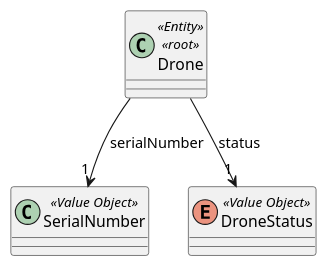
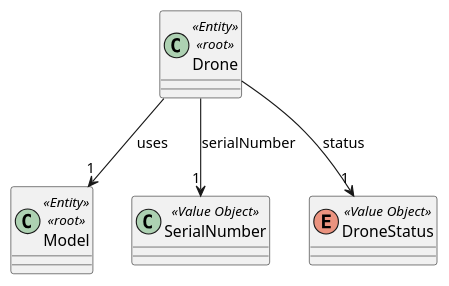
Before and after one commit to diogoveirospro/sem4pi-2024-2025-sem4pi_2024_2025_g44: the diagram in docs/SPRINT_2/US241/puml/domain_model_us241.puml, drawn with PlantUML. The commit also changed 6 other files, not shown here.

```diff
--- a/docs/SPRINT_2/US241/puml/domain_model_us241.puml
+++ b/docs/SPRINT_2/US241/puml/domain_model_us241.puml
@@ -1,19 +1,21 @@
 @startuml
 'https://plantuml.com/sequence-diagram
+ class Model <<Entity>> <<root>>{
+    }
 
 
   class Drone <<Entity>> <<root>>{
     }
 
     class SerialNumber <<Value Object>>{
     }
 
     enum DroneStatus <<Value Object>>{
-
-        }
+    }
 
     'Drone -> x
+    Drone --> "1" DroneStatus: status
     Drone --> "1" SerialNumber: serialNumber
-    Drone --> "1" DroneStatus: status
+    Drone --> "1" Model: uses
 
 @enduml
```
